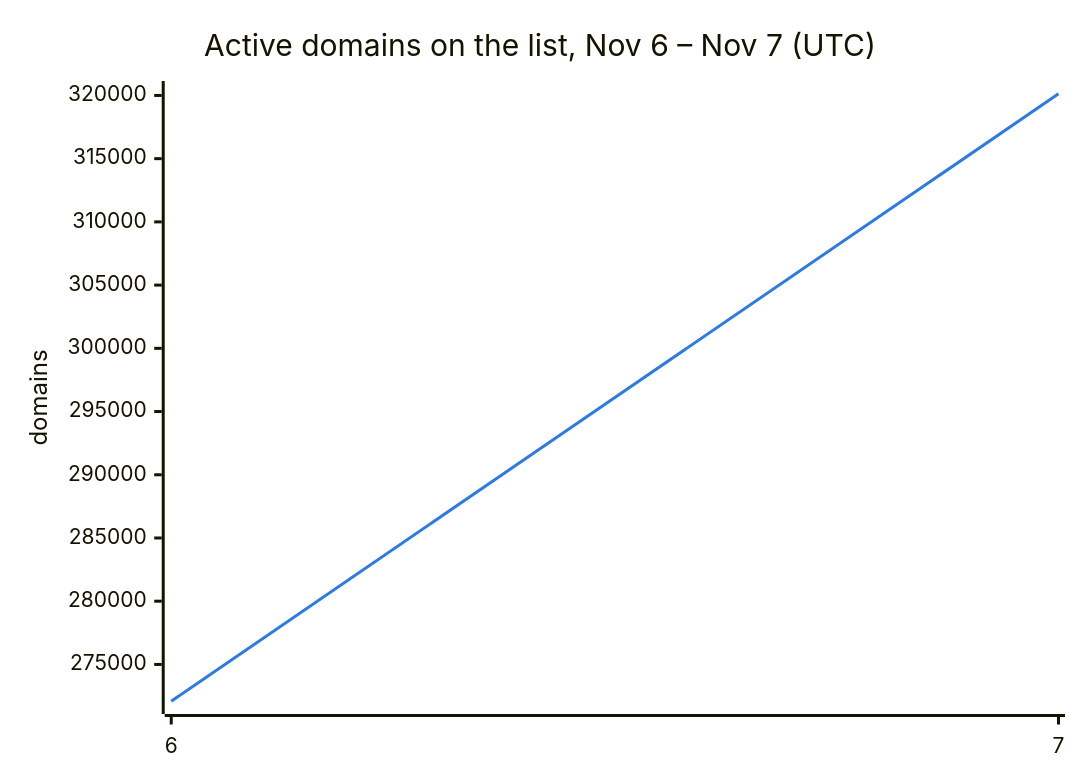
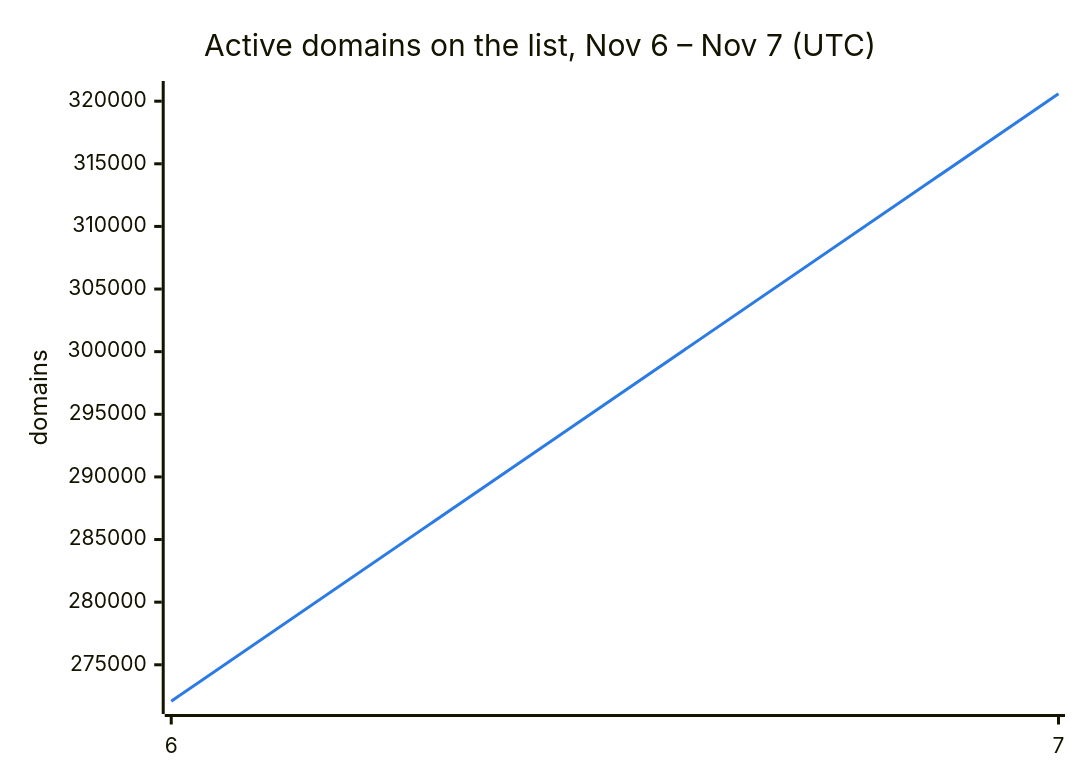
One commit to DNSBunker/CTI changed the second of 3 diagrams in README.md. Above: the diagram before and after it, drawn with Mermaid. The commit also changed other lines of this file and 3 other files, not shown here.

````diff
--- a/README.md
+++ b/README.md
@@ -38,8 +38,8 @@
 ```mermaid
 %%{init: {"themeVariables": {"xyChart": {"plotColorPalette": "#2c7be5"}}}}%%
 xychart-beta
     title "Active domains on the list, Nov 6 – Nov 7 (UTC)"
     x-axis ["6", "7"]
     y-axis "domains"
-    line [272088, 320134]
+    line [272088, 320593]
 ```
````
